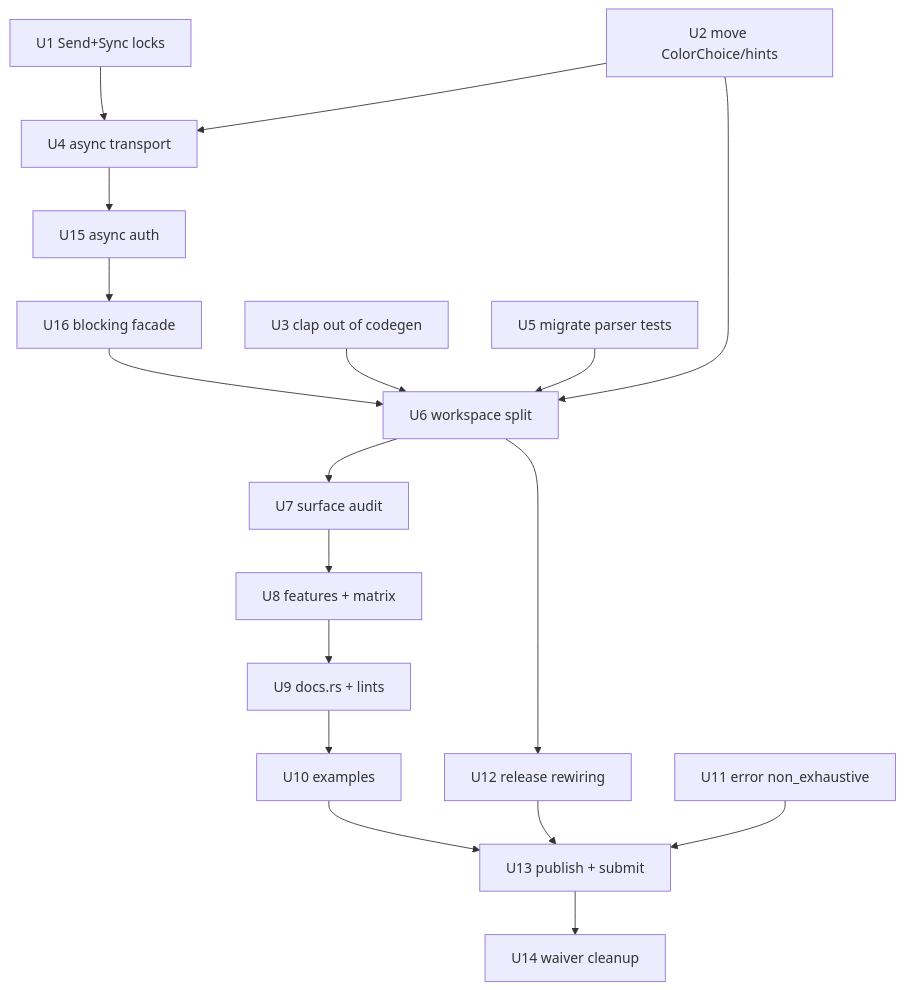
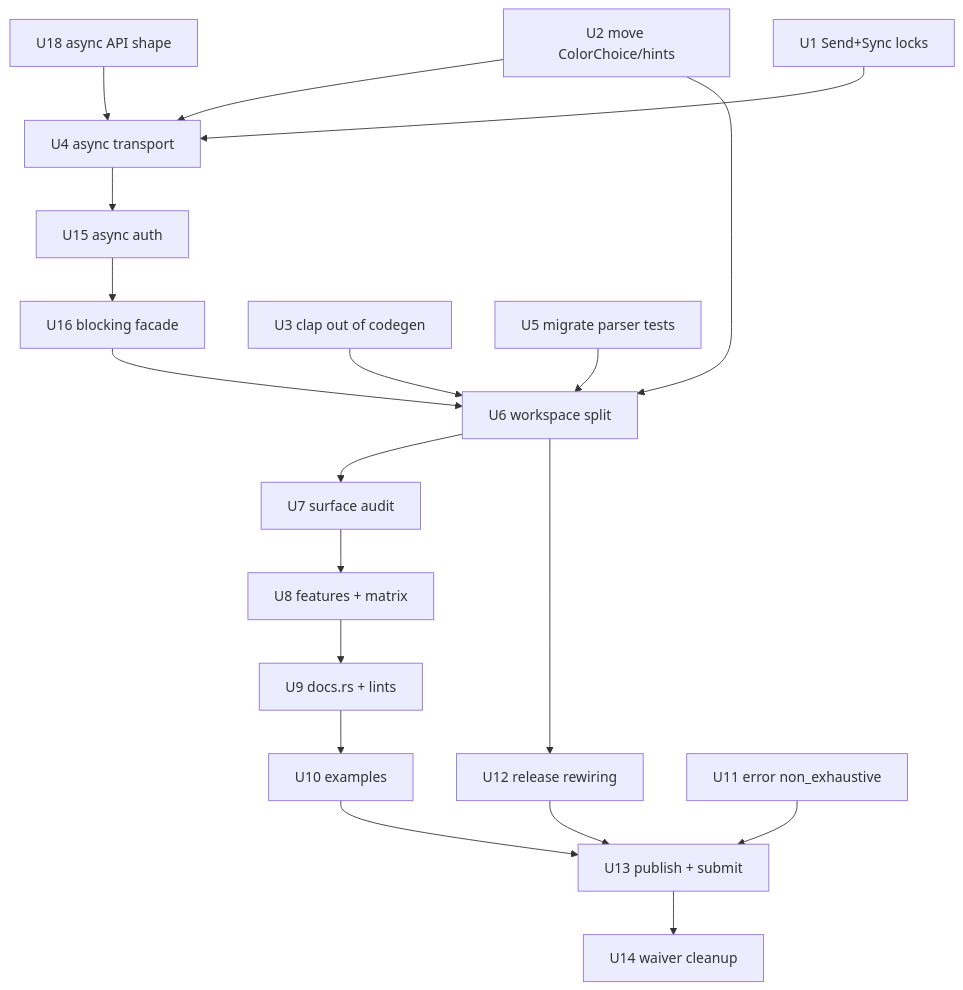
Before and after one commit to brettdavies/xurl-rs: the third of 3 diagrams in docs/plans/2026-09-15-2343-refactor-adoption-grade-crate-plan.md, drawn with Mermaid. The commit also changed other lines of this file, not shown here.

First line of the commit message:
docs(plans): settle tagging, version output, the listing route, and the async foundation

````diff
--- a/docs/plans/2026-09-15-2343-refactor-adoption-grade-crate-plan.md
+++ b/docs/plans/2026-09-15-2343-refactor-adoption-grade-crate-plan.md
@@ -224,21 +247,22 @@
 ```mermaid
 graph TD
+    U18[U18 async API shape] --> U4
     U1[U1 Send+Sync locks] --> U4
     U2[U2 move ColorChoice/hints] --> U4[U4 async transport]
     U4 --> U15[U15 async auth]
     U15 --> U16[U16 blocking facade]
     U2 --> U6[U6 workspace split]
     U3[U3 clap out of codegen] --> U6
     U16 --> U6
     U5[U5 migrate parser tests] --> U6
     U6 --> U7[U7 surface audit]
     U6 --> U12[U12 release rewiring]
     U7 --> U8[U8 features + matrix]
     U8 --> U9[U9 docs.rs + lints]
     U9 --> U10[U10 examples]
     U11[U11 error non_exhaustive]
     U10 --> U13[U13 publish + submit]
     U12 --> U13
     U11 --> U13
     U13 --> U14[U14 waiver cleanup]
 ```
````
